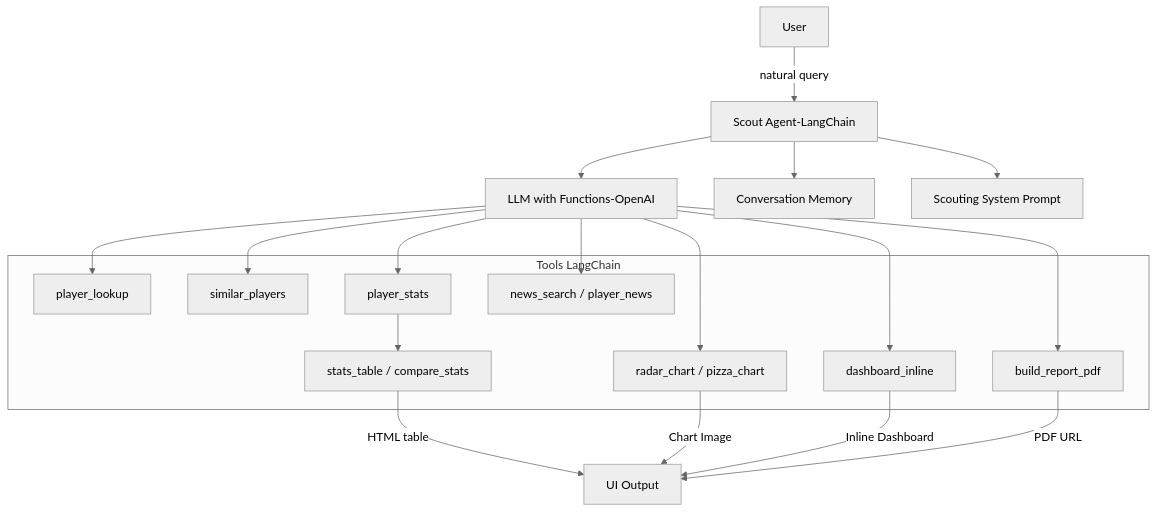
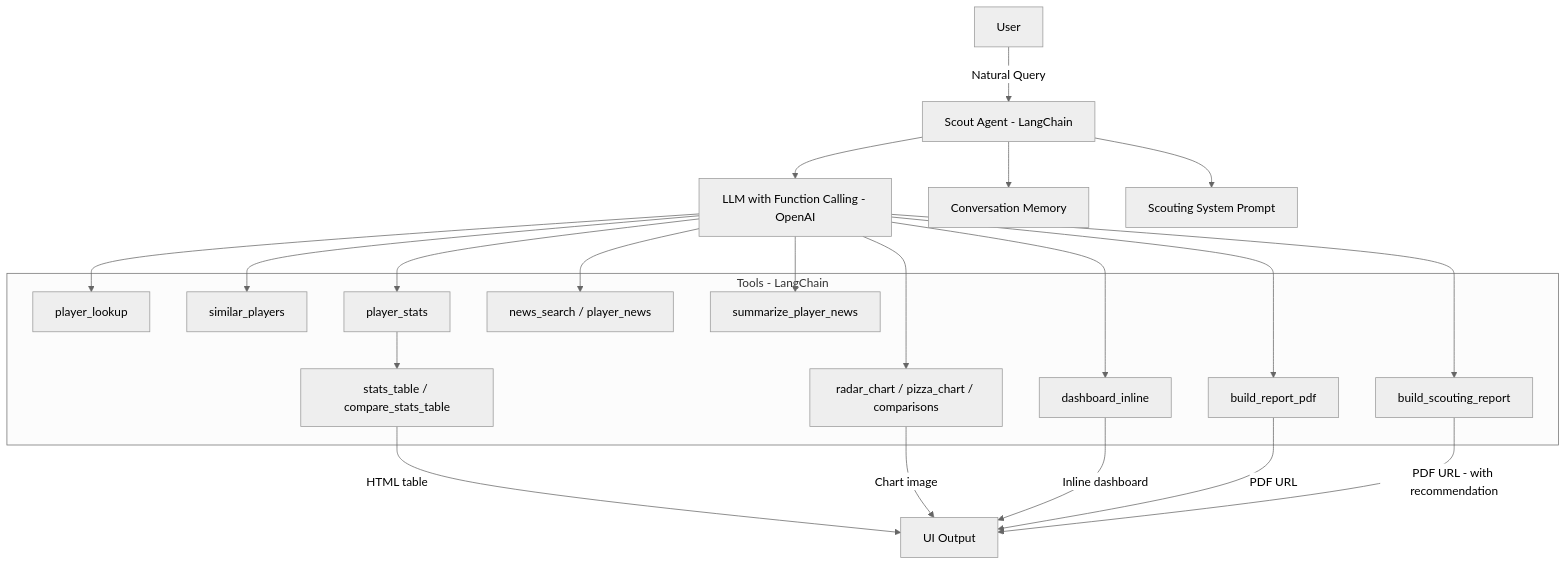
One commit to KikeRev/smart_scout_app changed the second of 2 diagrams in README.md. Above: the diagram before and after it, drawn with Mermaid (neutral theme). The commit also changed 6 other files, not shown here.

Commit message:
Updated Readme and system prompt, add new tool build_summarized_report

````diff
--- a/README.md
+++ b/README.md
@@ -191,31 +191,36 @@
 ```mermaid
 flowchart TD
-    A[User] -->|natural query| B[Scout Agent-LangChain]
-    B --> C[LLM with Functions-OpenAI]
+    A[User] -->|Natural Query| B[Scout Agent - LangChain]
+    B --> C[LLM with Function Calling - OpenAI]
     B --> D[Conversation Memory]
     B --> E[Scouting System Prompt]
 
-    subgraph Tools LangChain
-      F1[player_lookup]
-      F2[similar_players]
-      F3[player_stats]
-      F4[stats_table / compare_stats]
-      F5[radar_chart / pizza_chart]
-      F6[news_search / player_news]
-      F7[dashboard_inline]
-      F8[build_report_pdf]
+    subgraph Tools - LangChain
+        F1[player_lookup]
+        F2[similar_players]
+        F3[player_stats]
+        F4[stats_table / compare_stats_table]
+        F5[radar_chart / pizza_chart / comparisons]
+        F6[news_search / player_news]
+        F6A[summarize_player_news]
+        F7[dashboard_inline]
+        F8[build_report_pdf]
+        F9[build_scouting_report]
     end
 
     C --> F1
     C --> F2
     C --> F3 --> F4
     C --> F5
     C --> F6
+    C --> F6A
     C --> F7
     C --> F8
+    C --> F9
 
     F4 -->|HTML table| G1[UI Output]
-    F5 -->|Chart Image| G1
-    F7 -->|Inline Dashboard| G1
+    F5 -->|Chart image| G1
+    F7 -->|Inline dashboard| G1
     F8 -->|PDF URL| G1
+    F9 -->|PDF URL - with recommendation| G1
 ```
````
